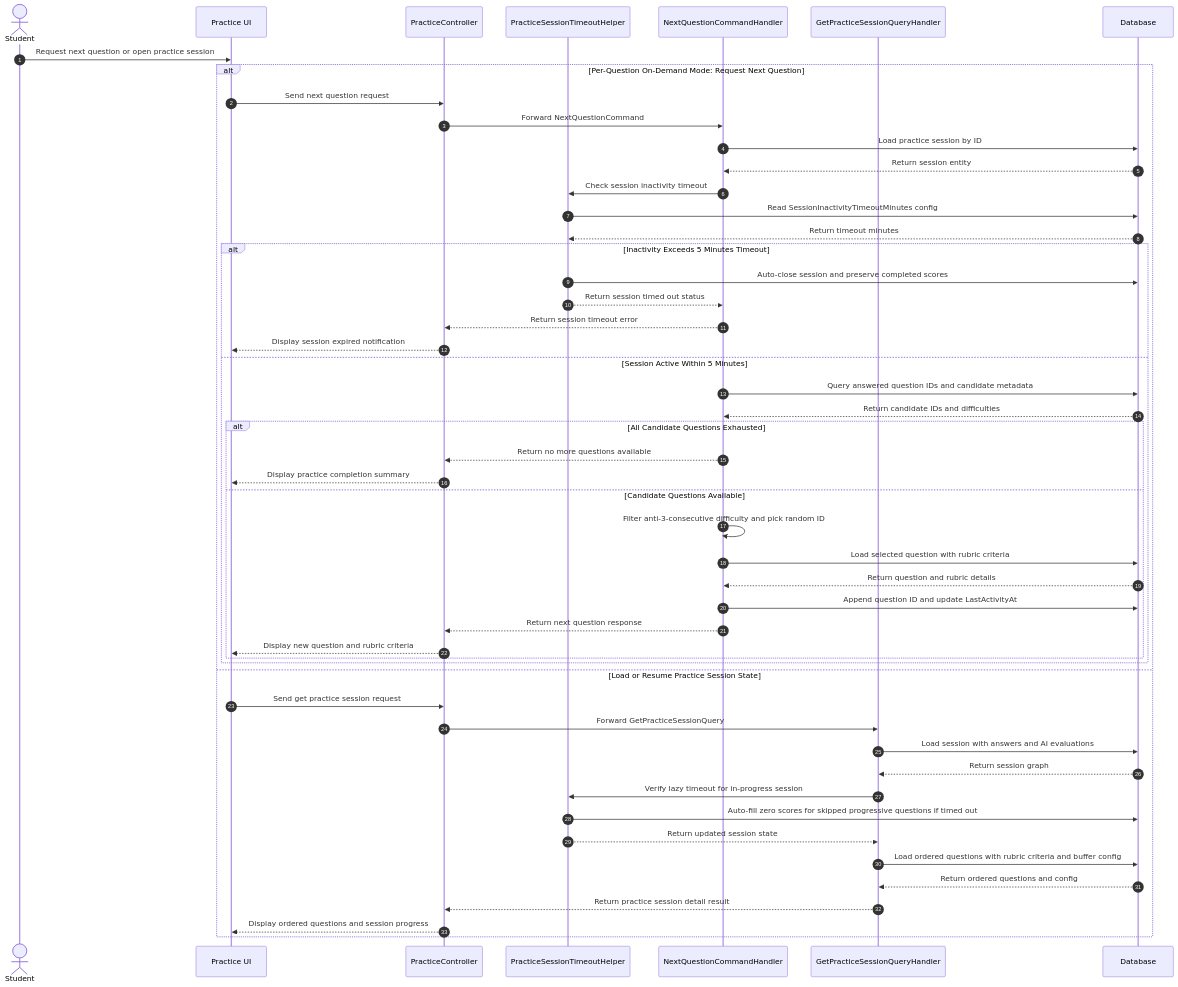
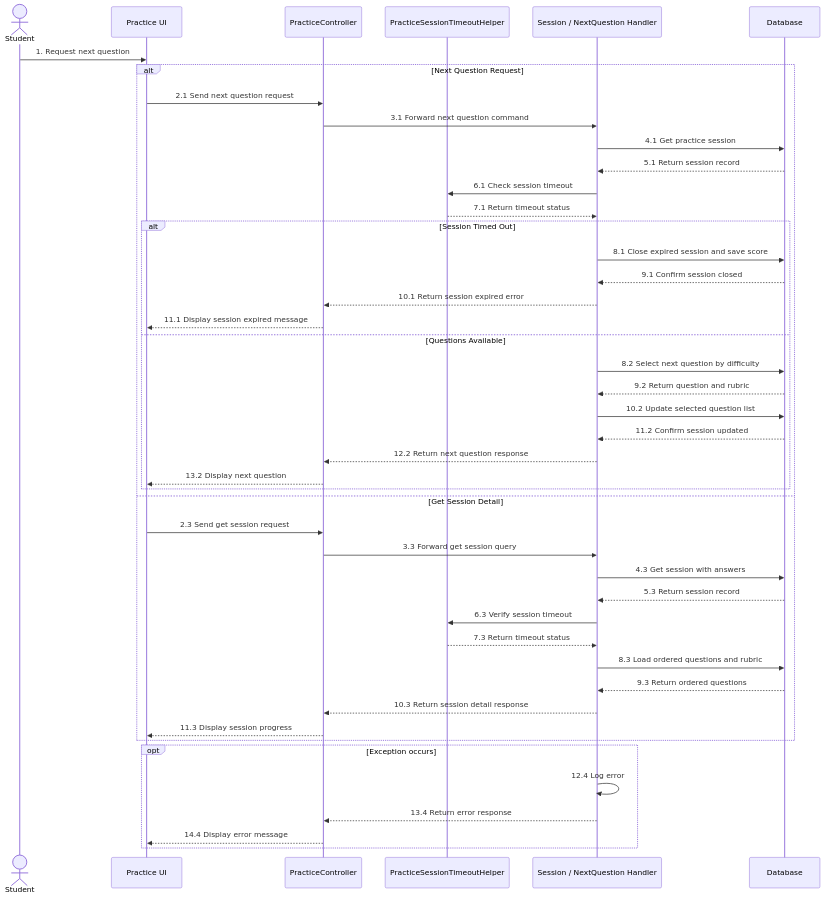
One commit to An-LLM-based-Oral-Examination/oral-exam-system changed the second of 2 diagrams in docs/Task Daily/Report4_NguyenQuangThanh/04_DD03_Practice_Question_Selection_OnDemand_Prog/DD03_QuestionSelection_Specification_VI.md. Above: the diagram before and after it, drawn with Mermaid. The commit also changed 146 other files, not shown here.

````diff
--- a/docs/Task Daily/Report4_NguyenQuangThanh/04_DD03_Practice_Question_Selection_OnDemand_Prog/DD03_QuestionSelection_Specification_VI.md
+++ b/docs/Task Daily/Report4_NguyenQuangThanh/04_DD03_Practice_Question_Selection_OnDemand_Prog/DD03_QuestionSelection_Specification_VI.md
@@ -149,57 +149,51 @@
 ```mermaid
 sequenceDiagram
-    autonumber
     actor Student as Student
     participant UI as Practice UI
     participant Ctrl as PracticeController
     participant TO as PracticeSessionTimeoutHelper
-    participant NextHdl as NextQuestionCommandHandler
-    participant GetHdl as GetPracticeSessionQueryHandler
+    participant Handler as Session / NextQuestion Handler
     participant DB as Database
 
-    Student->>UI: Request next question or open practice session
+    Student->>UI: 1. Request next question
 
-    alt Per-Question On-Demand Mode: Request Next Question
-        UI->>Ctrl: Send next question request
-        Ctrl->>NextHdl: Forward NextQuestionCommand
-        NextHdl->>DB: Load practice session by ID
-        DB-->>NextHdl: Return session entity
-        NextHdl->>TO: Check session inactivity timeout
-        TO->>DB: Read SessionInactivityTimeoutMinutes config
-        DB-->>TO: Return timeout minutes
+    alt Next Question Request
+        UI->>Ctrl: 2.1 Send next question request
+        Ctrl->>Handler: 3.1 Forward next question command
+        Handler->>DB: 4.1 Get practice session
+        DB-->>Handler: 5.1 Return session record
+        Handler->>TO: 6.1 Check session timeout
+        TO-->>Handler: 7.1 Return timeout status
 
-        alt Inactivity Exceeds 5 Minutes Timeout
-            TO->>DB: Auto-close session and preserve completed scores
-            TO-->>NextHdl: Return session timed out status
-            NextHdl-->>Ctrl: Return session timeout error
-            Ctrl-->>UI: Display session expired notification
-        else Session Active Within 5 Minutes
-            NextHdl->>DB: Query answered question IDs and candidate metadata
-            DB-->>NextHdl: Return candidate IDs and difficulties
+        alt Session Timed Out
+            Handler->>DB: 8.1 Close expired session and save score
+            DB-->>Handler: 9.1 Confirm session closed
+            Handler-->>Ctrl: 10.1 Return session expired error
+            Ctrl-->>UI: 11.1 Display session expired message
+        else Questions Available
+            Handler->>DB: 8.2 Select next question by difficulty
+            DB-->>Handler: 9.2 Return question and rubric
+            Handler->>DB: 10.2 Update selected question list
+            DB-->>Handler: 11.2 Confirm session updated
+            Handler-->>Ctrl: 12.2 Return next question response
+            Ctrl-->>UI: 13.2 Display next question
+        end
+    else Get Session Detail
+        UI->>Ctrl: 2.3 Send get session request
+        Ctrl->>Handler: 3.3 Forward get session query
+        Handler->>DB: 4.3 Get session with answers
+        DB-->>Handler: 5.3 Return session record
+        Handler->>TO: 6.3 Verify session timeout
+        TO-->>Handler: 7.3 Return timeout status
+        Handler->>DB: 8.3 Load ordered questions and rubric
+        DB-->>Handler: 9.3 Return ordered questions
+        Handler-->>Ctrl: 10.3 Return session detail response
+        Ctrl-->>UI: 11.3 Display session progress
+    end
 
-            alt All Candidate Questions Exhausted
-                NextHdl-->>Ctrl: Return no more questions available
-                Ctrl-->>UI: Display practice completion summary
-            else Candidate Questions Available
-                NextHdl->>NextHdl: Filter anti-3-consecutive difficulty and pick random ID
-                NextHdl->>DB: Load selected question with rubric criteria
-                DB-->>NextHdl: Return question and rubric details
-                NextHdl->>DB: Append question ID and update LastActivityAt
-                NextHdl-->>Ctrl: Return next question response
-                Ctrl-->>UI: Display new question and rubric criteria
-            end
-        end
-    else Load or Resume Practice Session State
-        UI->>Ctrl: Send get practice session request
-        Ctrl->>GetHdl: Forward GetPracticeSessionQuery
-        GetHdl->>DB: Load session with answers and AI evaluations
-        DB-->>GetHdl: Return session graph
-        GetHdl->>TO: Verify lazy timeout for in-progress session
-        TO->>DB: Auto-fill zero scores for skipped progressive questions if timed out
-        TO-->>GetHdl: Return updated session state
-        GetHdl->>DB: Load ordered questions with rubric criteria and buffer config
-        DB-->>GetHdl: Return ordered questions and config
-        GetHdl-->>Ctrl: Return practice session detail result
-        Ctrl-->>UI: Display ordered questions and session progress
+    opt Exception occurs
+        Handler->>Handler: 12.4 Log error
+        Handler-->>Ctrl: 13.4 Return error response
+        Ctrl-->>UI: 14.4 Display error message
     end
 ```
````
